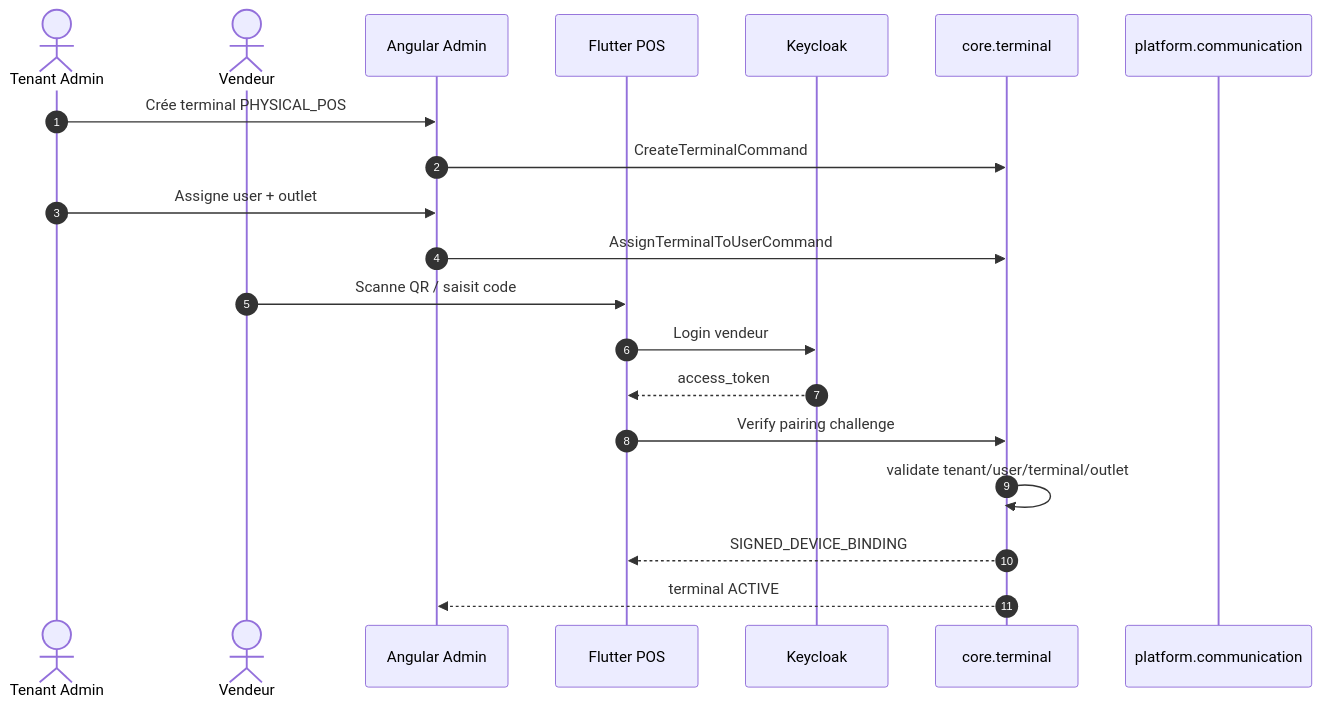
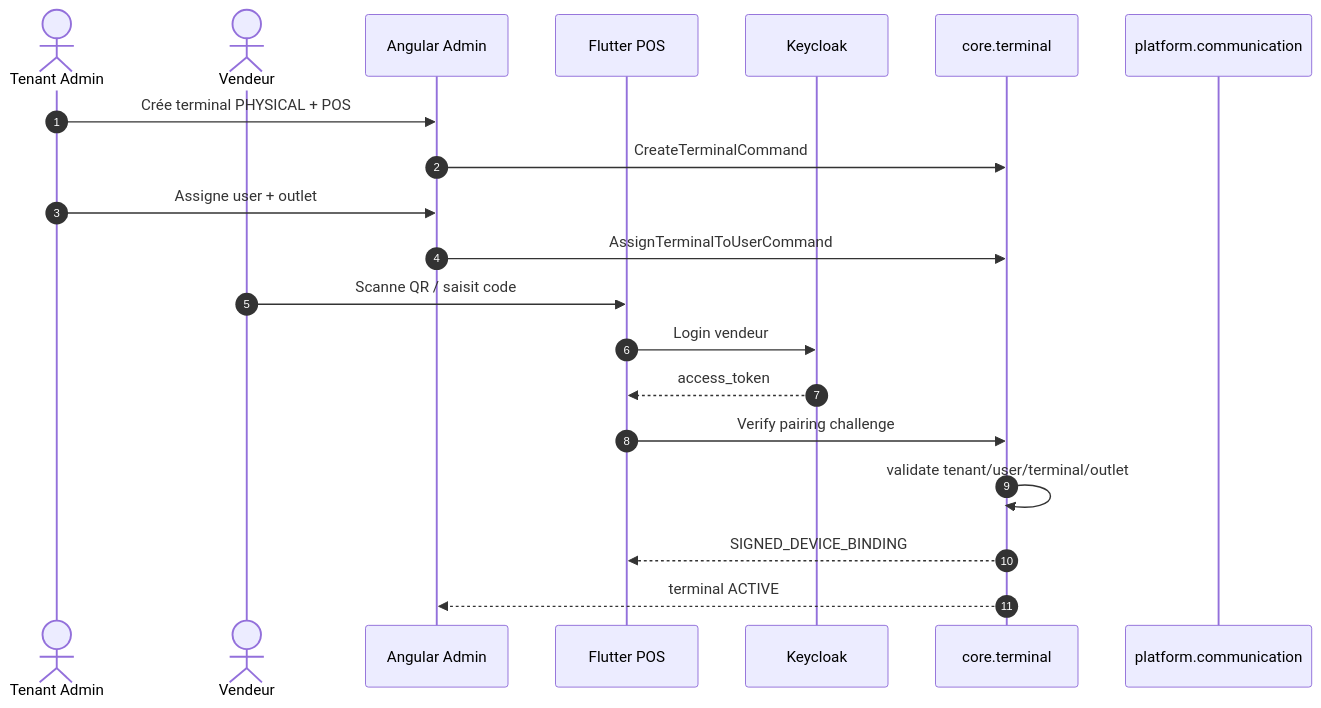
The third of 7 diagrams in tchalanet-server/openspec/changes/tchalanet-security-login-terminal/diagrams/DIAGRAMMES_MERMAID.md (bhebb/tchalanet), drawn with Mermaid before and after one commit. The commit also changed other lines of this file and 268 other files, not shown here.

````diff
--- a/tchalanet-server/openspec/changes/tchalanet-security-login-terminal/diagrams/DIAGRAMMES_MERMAID.md
+++ b/tchalanet-server/openspec/changes/tchalanet-security-login-terminal/diagrams/DIAGRAMMES_MERMAID.md
@@ -61,23 +61,23 @@
 ```mermaid
 sequenceDiagram
   autonumber
   actor Admin as Tenant Admin
   actor V as Vendeur
   participant W as Angular Admin
   participant M as Flutter POS
   participant K as Keycloak
   participant T as core.terminal
   participant C as platform.communication
 
-  Admin->>W: Crée terminal PHYSICAL_POS
+  Admin->>W: Crée terminal PHYSICAL + POS
   W->>T: CreateTerminalCommand
   Admin->>W: Assigne user + outlet
   W->>T: AssignTerminalToUserCommand
   V->>M: Scanne QR / saisit code
   M->>K: Login vendeur
   K-->>M: access_token
   M->>T: Verify pairing challenge
   T->>T: validate tenant/user/terminal/outlet
   T-->>M: SIGNED_DEVICE_BINDING
   T-->>W: terminal ACTIVE
 ```
````
